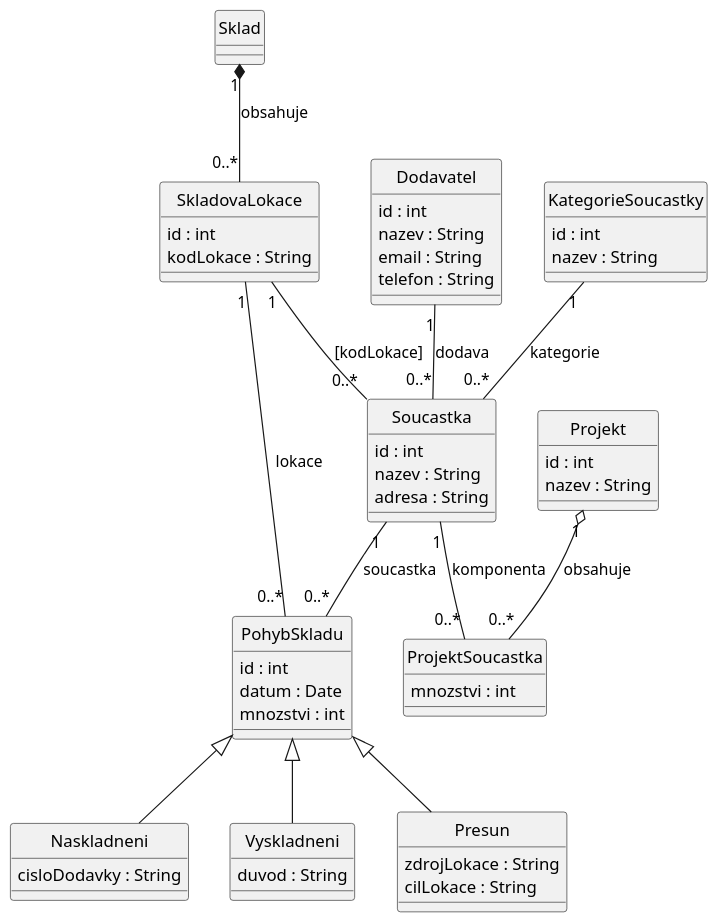
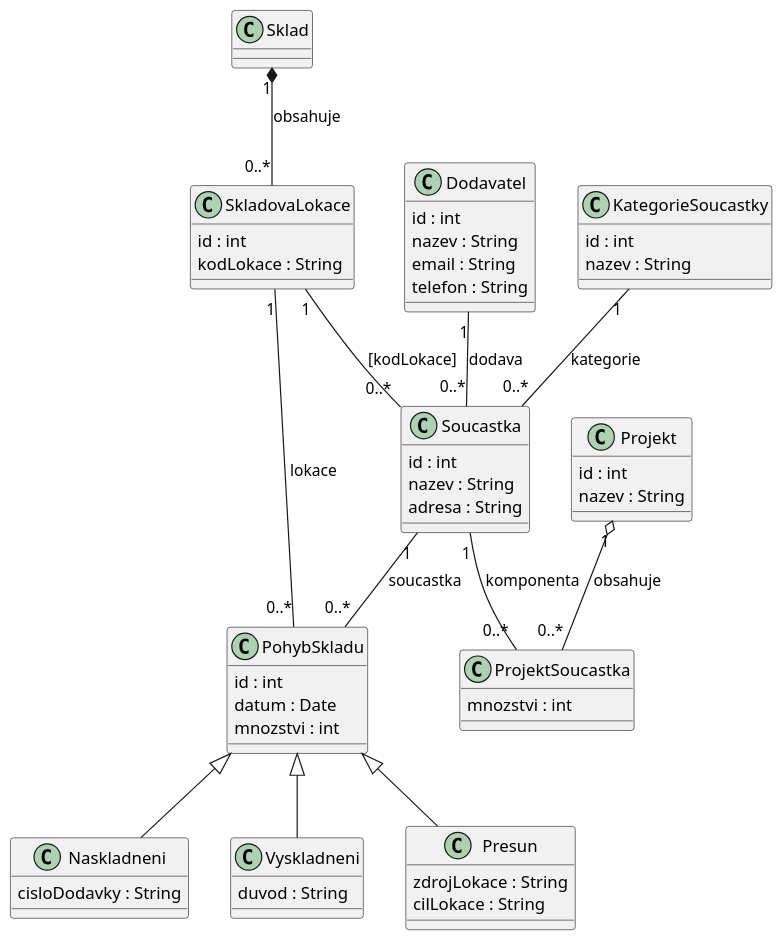
Before and after one commit to lkvapil/wms-elektronicke-soucastky: the diagram in diagrams/02a_conceptual_model.puml, drawn with PlantUML. The commit also changed 2 other files, not shown here.

Commit message:
style: odstraneni hide circle z diagramu trid

```diff
--- a/diagrams/02a_conceptual_model.puml
+++ b/diagrams/02a_conceptual_model.puml
@@ -1,75 +1,74 @@
 @startuml
 scale 1.2
 top to bottom direction
-hide circle
 
 class KategorieSoucastky {
   id : int
   nazev : String
 }
 
 class Dodavatel {
   id : int
   nazev : String
   email : String
   telefon : String
 }
 
 class Soucastka {
   id : int
   nazev : String
   adresa : String
 }
 
 class SkladovaLokace {
   id : int
   kodLokace : String
 }
 
 class PohybSkladu {
   id : int
   datum : Date
   mnozstvi : int
 }
 
 class Naskladneni {
   cisloDodavky : String
 }
 
 class Vyskladneni {
   duvod : String
 }
 
 class Presun {
   zdrojLokace : String
   cilLokace : String
 }
 
 class Projekt {
   id : int
   nazev : String
 }
 
 class ProjektSoucastka {
   mnozstvi : int
 }
 
 ' vztahy
 
 KategorieSoucastky "1" -- "0..*" Soucastka : kategorie
 Dodavatel "1" -- "0..*" Soucastka : dodava
 
 Sklad "1" *-- "0..*" SkladovaLokace : obsahuje
 SkladovaLokace "1" -- "0..*" Soucastka : [kodLokace]
 
 Soucastka "1" -- "0..*" PohybSkladu : soucastka
 SkladovaLokace "1" -- "0..*" PohybSkladu : lokace
 
 PohybSkladu <|-- Naskladneni
 PohybSkladu <|-- Vyskladneni
 PohybSkladu <|-- Presun
 
 Projekt "1" o-- "0..*" ProjektSoucastka : obsahuje
 Soucastka "1" -- "0..*" ProjektSoucastka : komponenta
 
 @enduml
```
